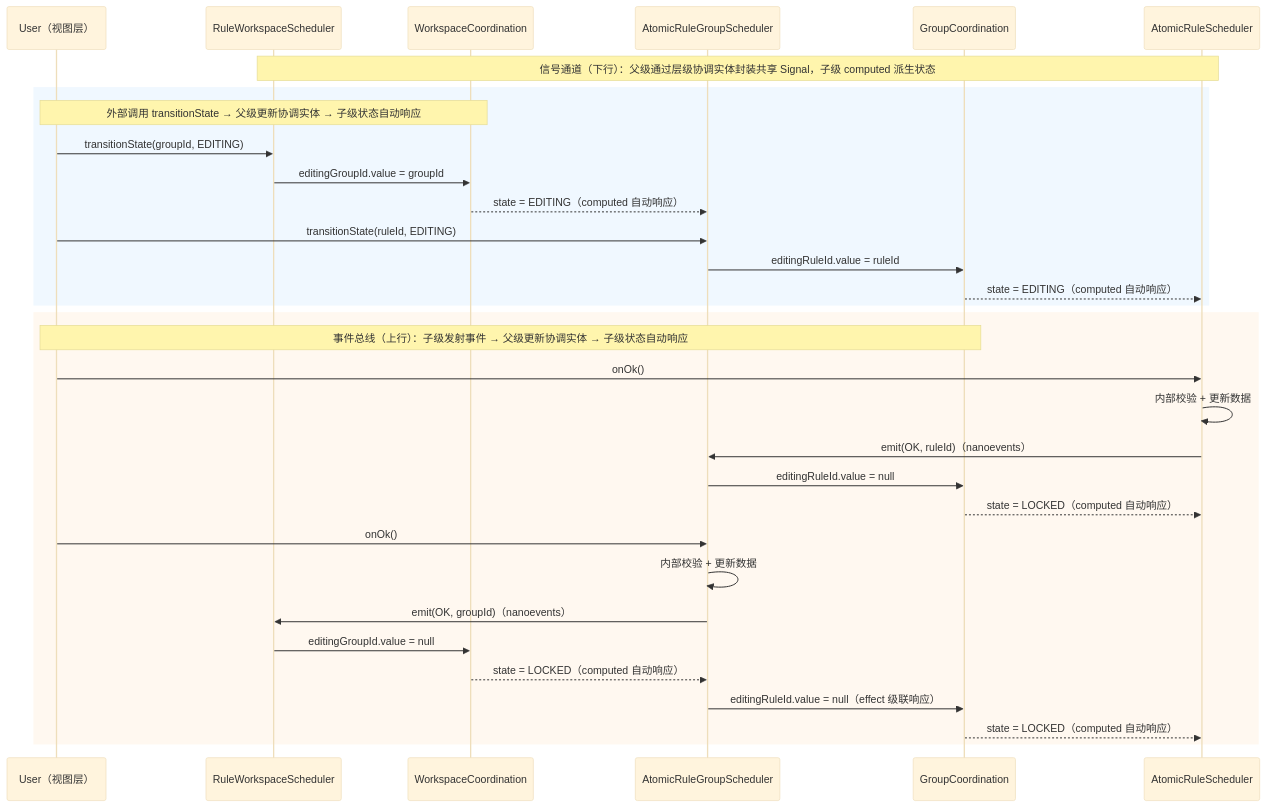
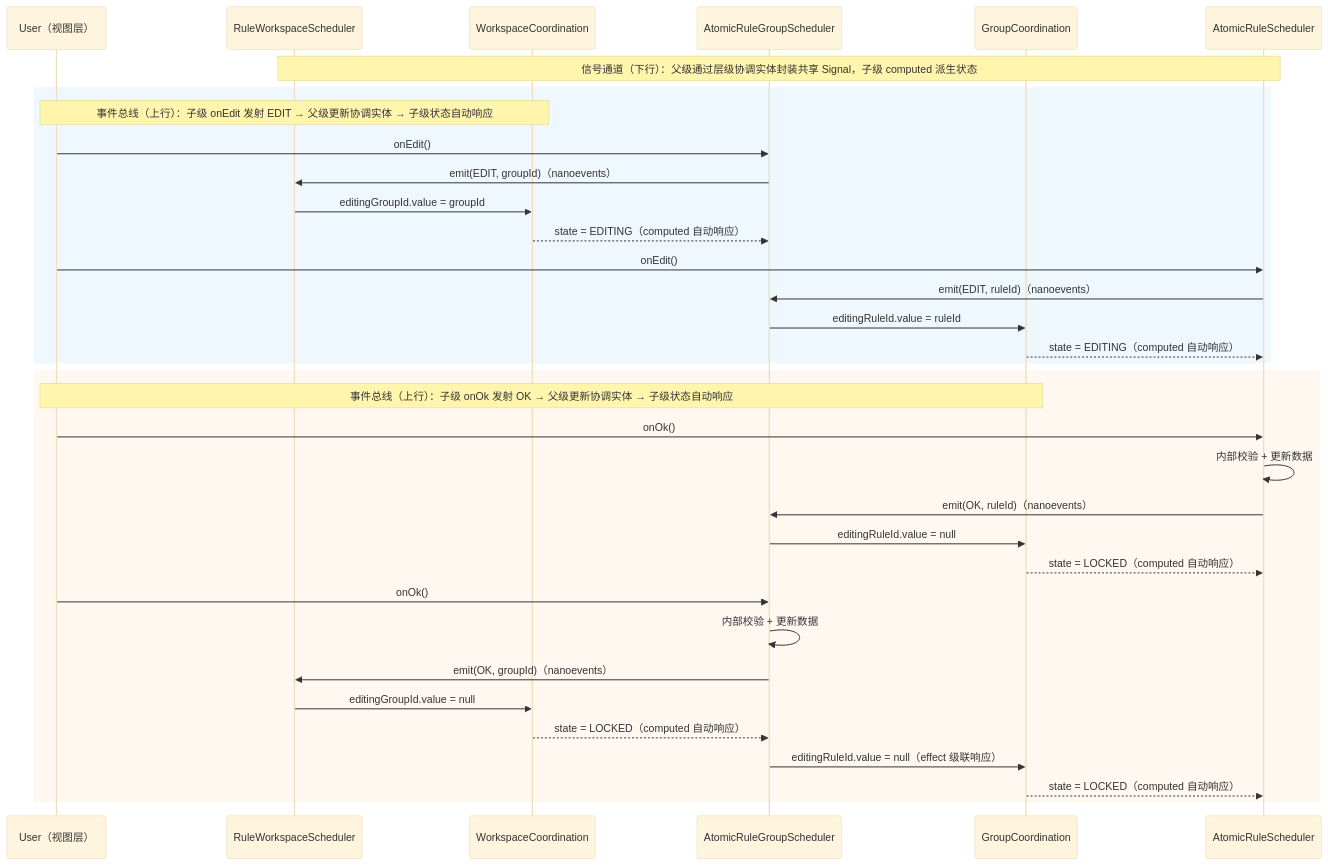
Before and after one commit to huang-xiao-jian/themis: the fourth of 4 diagrams in specs/core/application.md, drawn with Mermaid (base theme). The commit also changed other lines of this file and 2 other files, not shown here.

First line of the commit message:
refactor(core): replace generic TransitionEvent with per-level coordination events

````diff
--- a/specs/core/application.md
+++ b/specs/core/application.md
@@ -326,39 +343,41 @@
 ```mermaid
 sequenceDiagram
   participant U as User（视图层）
   participant WS as RuleWorkspaceScheduler
   participant WC as WorkspaceCoordination
   participant G as AtomicRuleGroupScheduler
   participant GC as GroupCoordination
   participant R as AtomicRuleScheduler
 
   Note over WS, R: 信号通道（下行）：父级通过层级协调实体封装共享 Signal，子级 computed 派生状态
 
   rect rgb(240, 248, 255)
-    Note over U, WC: 外部调用 transitionState → 父级更新协调实体 → 子级状态自动响应
-    U->>WS: transitionState(groupId, EDITING)
+    Note over U, WC: 事件总线（上行）：子级 onEdit 发射 EDIT → 父级更新协调实体 → 子级状态自动响应
+    U->>G: onEdit()
+    G->>WS: emit(EDIT, groupId)（nanoevents）
     WS->>WC: editingGroupId.value = groupId
     WC-->>G: state = EDITING（computed 自动响应）
 
-    U->>G: transitionState(ruleId, EDITING)
+    U->>R: onEdit()
+    R->>G: emit(EDIT, ruleId)（nanoevents）
     G->>GC: editingRuleId.value = ruleId
     GC-->>R: state = EDITING（computed 自动响应）
   end
 
   rect rgb(255, 248, 240)
-    Note over U, GC: 事件总线（上行）：子级发射事件 → 父级更新协调实体 → 子级状态自动响应
+    Note over U, GC: 事件总线（上行）：子级 onOk 发射 OK → 父级更新协调实体 → 子级状态自动响应
     U->>R: onOk()
     R->>R: 内部校验 + 更新数据
     R->>G: emit(OK, ruleId)（nanoevents）
     G->>GC: editingRuleId.value = null
     GC-->>R: state = LOCKED（computed 自动响应）
 
     U->>G: onOk()
     G->>G: 内部校验 + 更新数据
     G->>WS: emit(OK, groupId)（nanoevents）
     WS->>WC: editingGroupId.value = null
     WC-->>G: state = LOCKED（computed 自动响应）
     G->>GC: editingRuleId.value = null（effect 级联响应）
     GC-->>R: state = LOCKED（computed 自动响应）
   end
 ```
````
